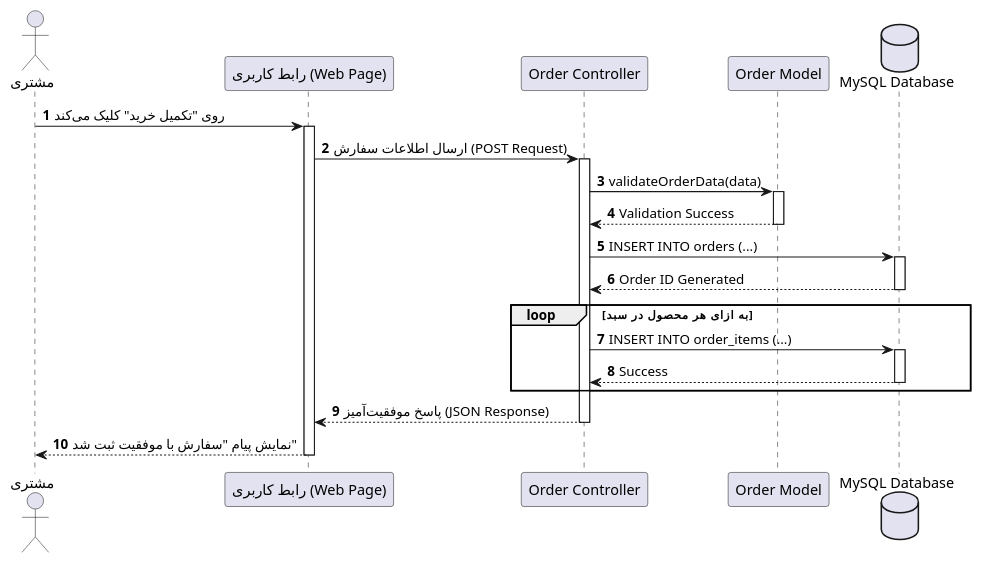
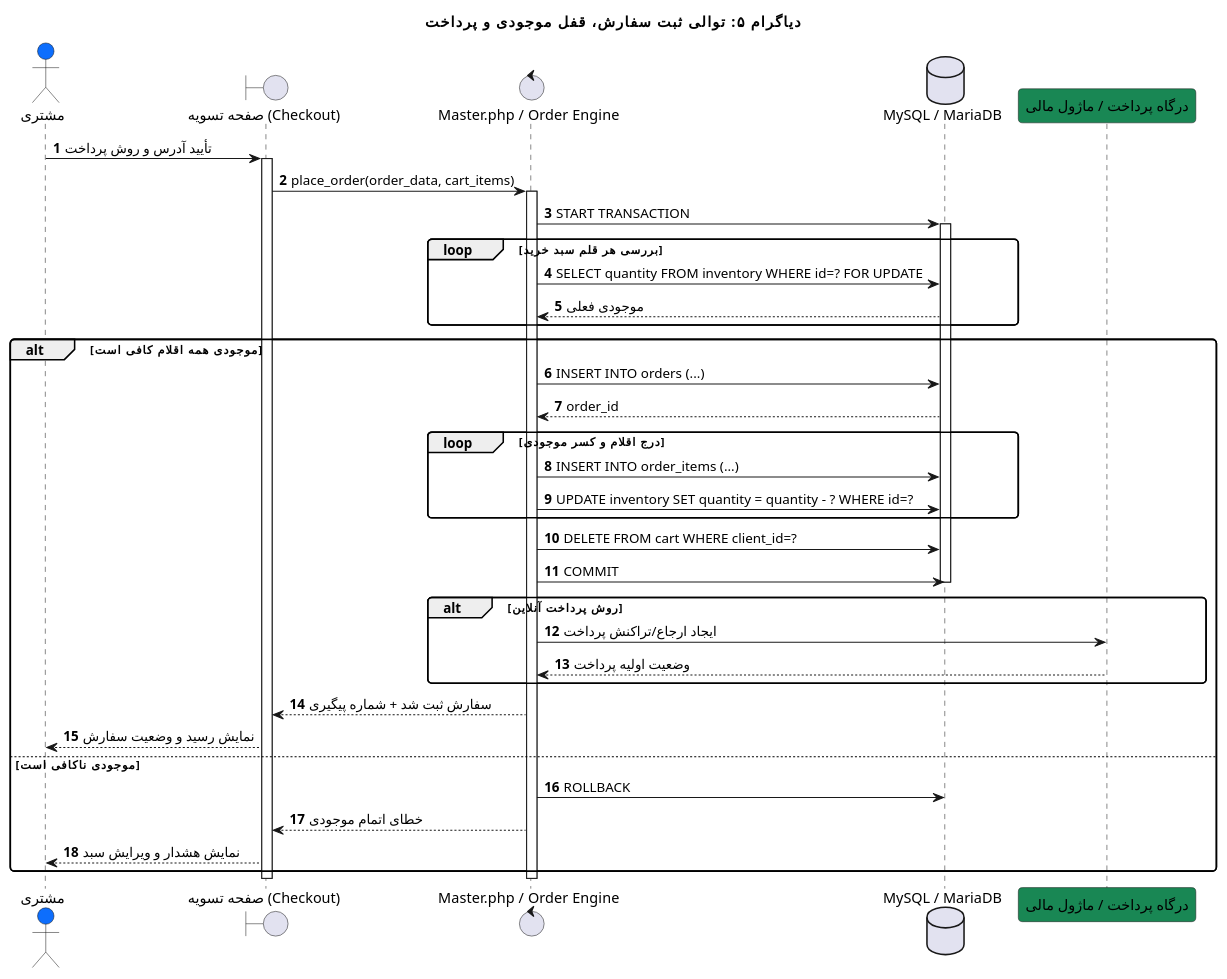
One commit to Silent-Galaxy/cbpos changed the fifth of 10 diagrams in readme.md. Above: the diagram before and after it, drawn with PlantUML. The commit also changed other lines of this file, not shown here.

````diff
--- a/readme.md
+++ b/readme.md
@@ -286,37 +853,56 @@
 ```plantuml
 @startuml
+title دیاگرام ۵: توالی ثبت سفارش، قفل موجودی و پرداخت
 autonumber
-actor Client as "مشتری"
-participant UI as "رابط کاربری (Web Page)"
-participant Controller as "Order Controller"
-participant Model as "Order Model"
-database DB as "MySQL Database"
+skinparam roundcorner 8
+skinparam shadowing false
+skinparam defaultFontName "Arial"
 
-Client -> UI : روی "تکمیل خرید" کلیک می‌کند
-activate UI
-UI -> Controller : ارسال اطلاعات سفارش (POST Request)
+actor "مشتری" as Client #0D6EFD
+boundary "صفحه تسویه (Checkout)" as View
+control "Master.php / Order Engine" as Controller
+database "MySQL / MariaDB" as DB
+participant "درگاه پرداخت / ماژول مالی" as Gateway #198754
+
+Client -> View : تأیید آدرس و روش پرداخت
+activate View
+View -> Controller : place_order(order_data, cart_items)
 activate Controller
 
-Controller -> Model : validateOrderData(data)
-activate Model
-Model --> Controller : Validation Success
-deactivate Model
+Controller -> DB : START TRANSACTION
+activate DB
 
-Controller -> DB : INSERT INTO orders (...)
-activate DB
-DB --> Controller : Order ID Generated
-deactivate DB
-
-loop به ازای هر محصول در سبد
-    Controller -> DB : INSERT INTO order_items (...)
-    activate DB
-    DB --> Controller : Success
-    deactivate DB
+loop بررسی هر قلم سبد خرید
+  Controller -> DB : SELECT quantity FROM inventory WHERE id=? FOR UPDATE
+  DB --> Controller : موجودی فعلی
 end
 
-Controller --> UI : پاسخ موفقیت‌آمیز (JSON Response)
+alt موجودی همه اقلام کافی است
+  Controller -> DB : INSERT INTO orders (...)
+  DB --> Controller : order_id
+  loop درج اقلام و کسر موجودی
+    Controller -> DB : INSERT INTO order_items (...)
+    Controller -> DB : UPDATE inventory SET quantity = quantity - ? WHERE id=?
+  end
+  Controller -> DB : DELETE FROM cart WHERE client_id=?
+  Controller -> DB : COMMIT
+  deactivate DB
+
+  alt روش پرداخت آنلاین
+    Controller -> Gateway : ایجاد ارجاع/تراکنش پرداخت
+    Gateway --> Controller : وضعیت اولیه پرداخت
+  end
+
+  Controller --> View : سفارش ثبت شد + شماره پیگیری
+  View --> Client : نمایش رسید و وضعیت سفارش
+else موجودی ناکافی است
+  Controller -> DB : ROLLBACK
+  deactivate DB
+  Controller --> View : خطای اتمام موجودی
+  View --> Client : نمایش هشدار و ویرایش سبد
+end
+
 deactivate Controller
-UI --> Client : نمایش پیام "سفارش با موفقیت ثبت شد"
-deactivate UI
+deactivate View
 @enduml
 ```
````
